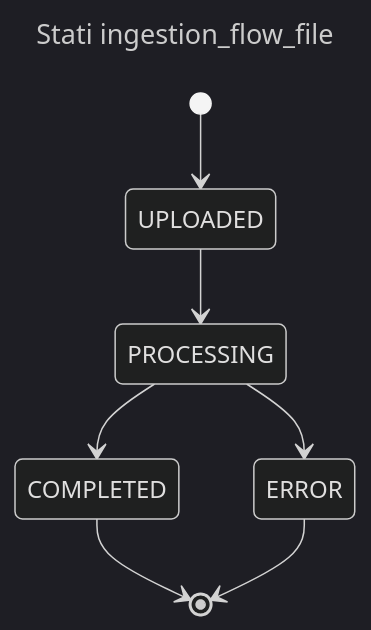
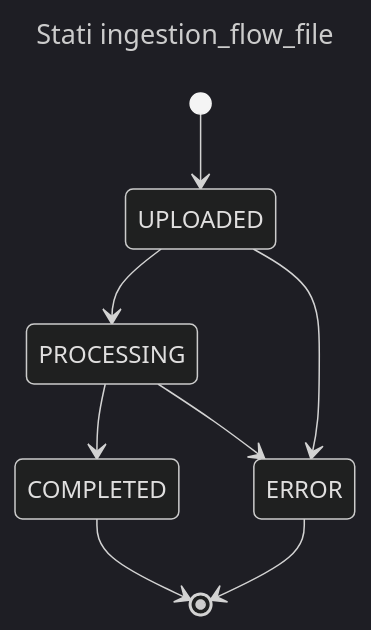
Before and after one commit to pagopa/p4pa-doc: the diagram in design/filesHandling/01.upload_status.mmd, drawn with Mermaid (dark theme). The commit also changed 5 other files, not shown here.

```diff
--- a/design/filesHandling/01.upload_status.mmd
+++ b/design/filesHandling/01.upload_status.mmd
@@ -1,12 +1,13 @@
 ---
 title: Stati ingestion_flow_file
 ---
 stateDiagram-v2
     [*] --> UPLOADED
     UPLOADED --> PROCESSING
+    UPLOADED --> ERROR
 
     PROCESSING --> COMPLETED
     PROCESSING --> ERROR
 
     COMPLETED --> [*]
     ERROR --> [*]
```
